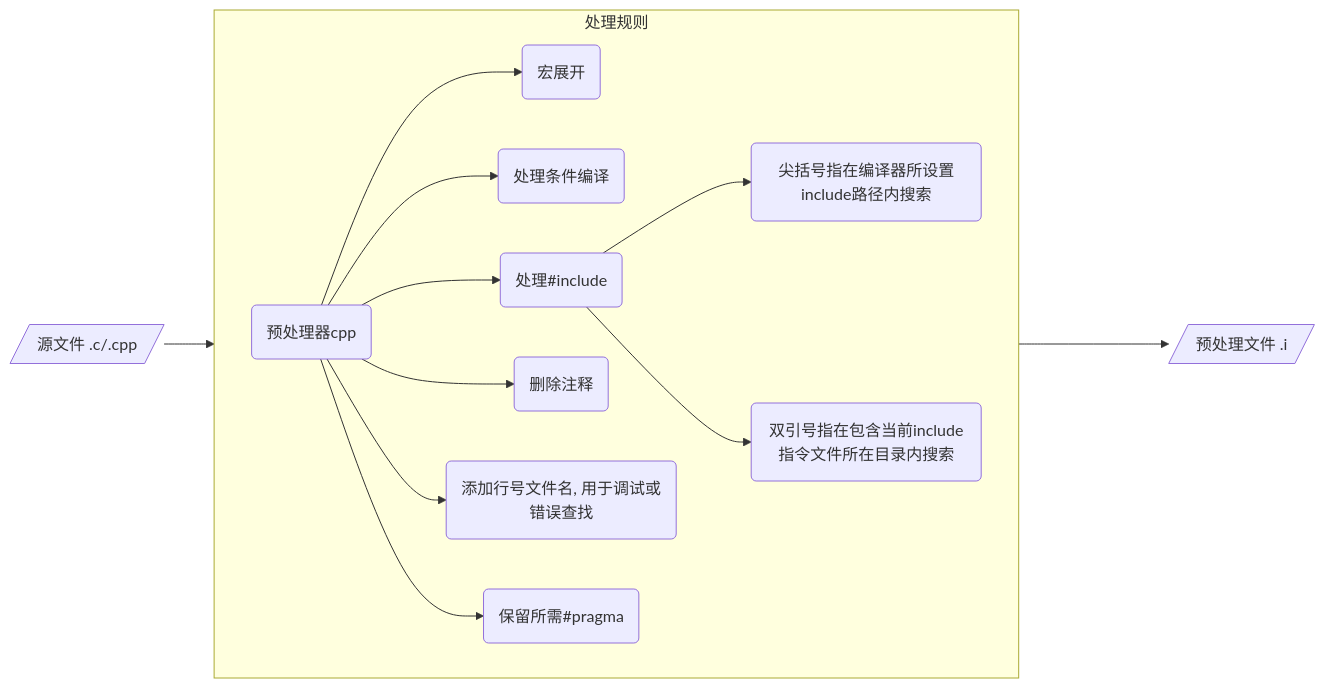
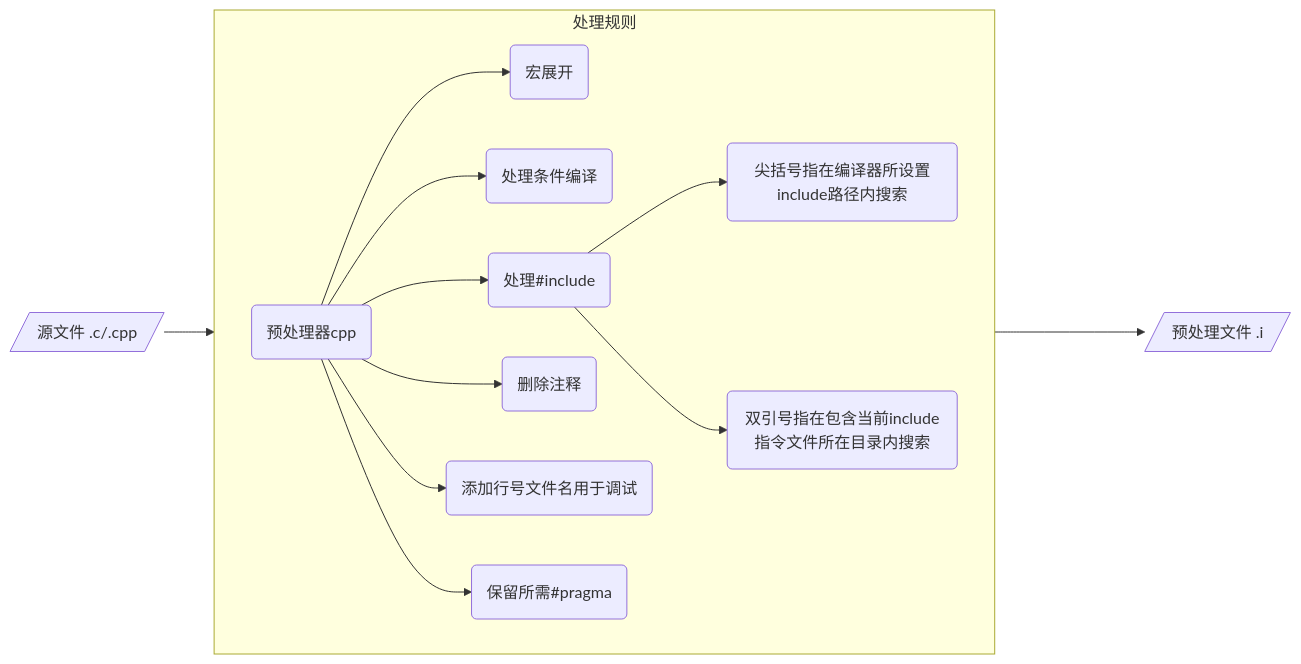
Before and after one commit to dmjcb/dmjcb.github.io: the second of 8 diagrams in _posts/language/c_c++/compile/2021-06-15-编译过程.md, drawn with Mermaid. The commit also changed other lines of this file and 23 other files, not shown here.

````diff
--- a/_posts/language/c_c++/compile/2021-06-15-编译过程.md
+++ b/_posts/language/c_c++/compile/2021-06-15-编译过程.md
@@ -38,18 +38,18 @@
 ```mermaid
 graph LR;
     subgraph 处理规则
         direction LR
         A(预处理器cpp)
         A --> B(宏展开)
         A --> C(处理条件编译)
         A --> D(处理#include)
         D --> D1(尖括号指在编译器所设置include路径内搜索)
         D --> D2(双引号指在包含当前include指令文件所在目录内搜索)
         A --> E(删除注释)
-        A --> F(添加行号文件名, 用于调试或错误查找)
+        A --> F(添加行号文件名用于调试)
         A --> G(保留所需#pragma)
     end
 
     P[/源文件 .c/.cpp/] --> A
     处理规则 ----> I[/预处理文件 .i/]
 ```
````
